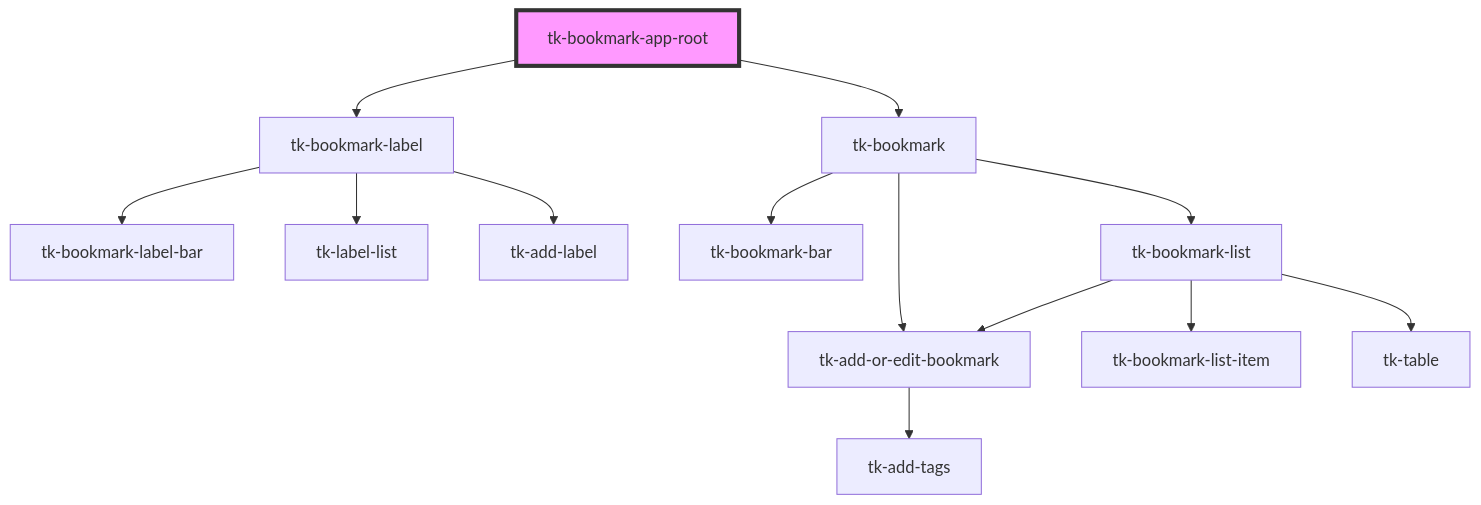
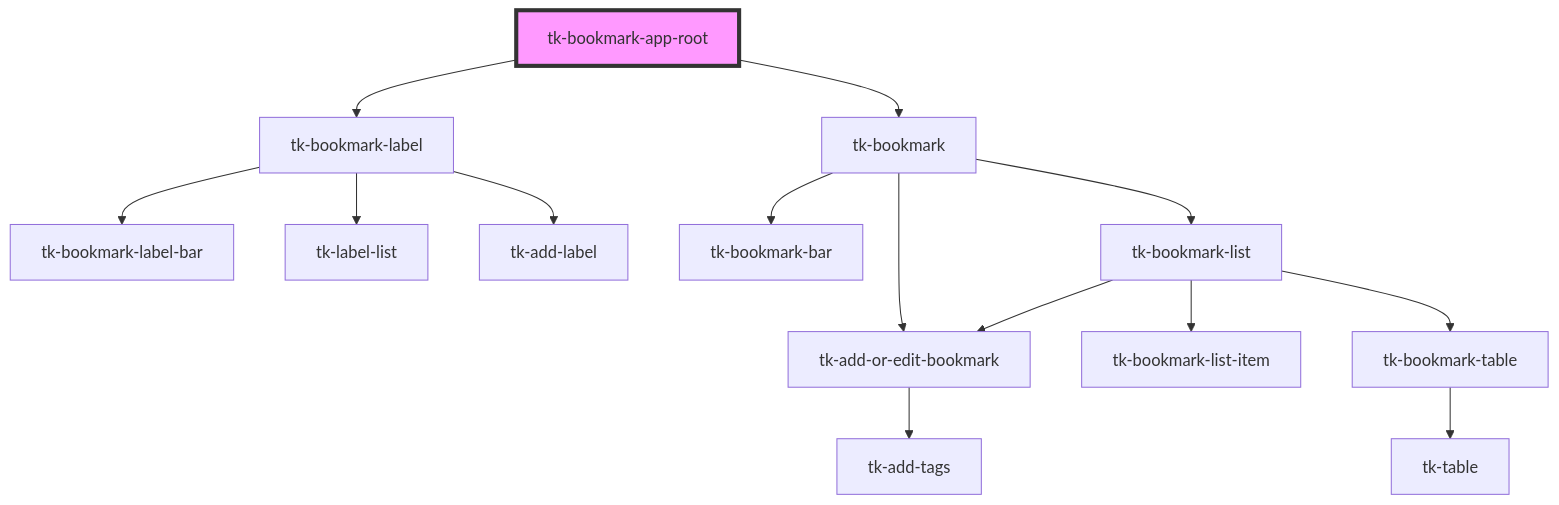
Before and after one commit to tomokat/tk-bookmark-app: the diagram in tk-bookmark/src/components/app/tk-bookmark-app-root/readme.md, drawn with Mermaid. The commit also changed 5 other files, not shown here.

````diff
--- a/tk-bookmark/src/components/app/tk-bookmark-app-root/readme.md
+++ b/tk-bookmark/src/components/app/tk-bookmark-app-root/readme.md
@@ -16,16 +16,17 @@
 ```mermaid
 graph TD;
   tk-bookmark-app-root --> tk-bookmark-label
   tk-bookmark-app-root --> tk-bookmark
   tk-bookmark-label --> tk-bookmark-label-bar
   tk-bookmark-label --> tk-label-list
   tk-bookmark-label --> tk-add-label
   tk-bookmark --> tk-bookmark-bar
   tk-bookmark --> tk-bookmark-list
   tk-bookmark --> tk-add-or-edit-bookmark
   tk-bookmark-list --> tk-add-or-edit-bookmark
   tk-bookmark-list --> tk-bookmark-list-item
-  tk-bookmark-list --> tk-table
+  tk-bookmark-list --> tk-bookmark-table
   tk-add-or-edit-bookmark --> tk-add-tags
+  tk-bookmark-table --> tk-table
   style tk-bookmark-app-root fill:#f9f,stroke:#333,stroke-width:4px
 ```
````
